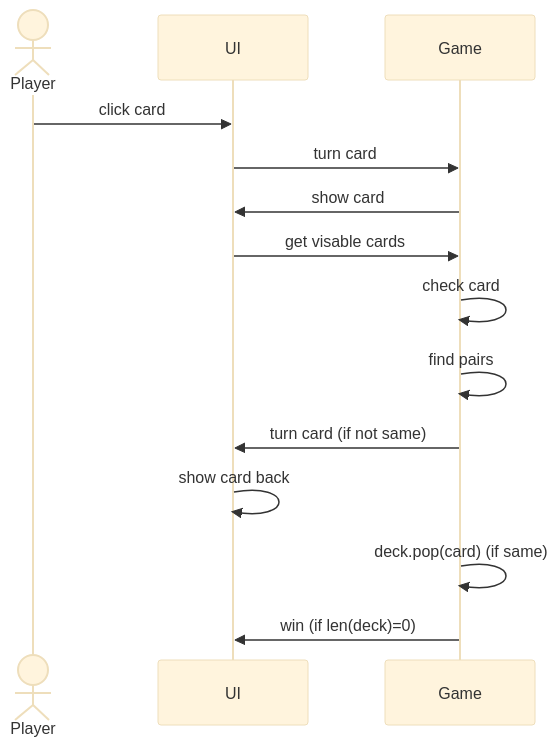
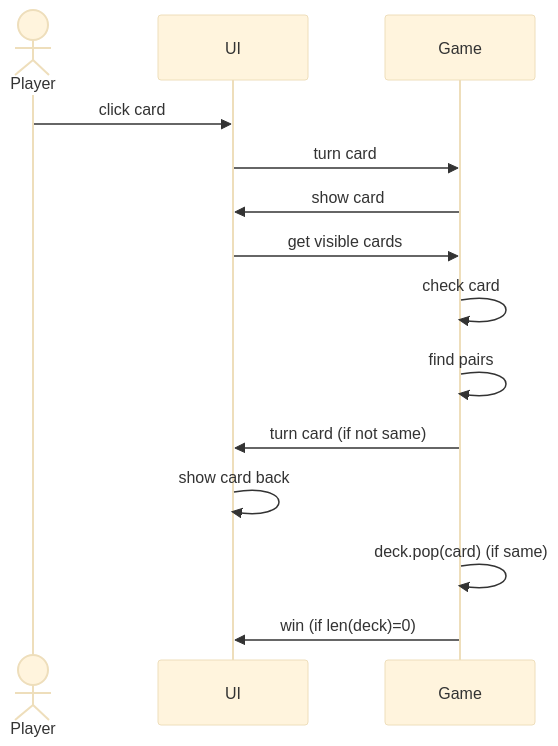
Before and after one commit to kxelina/ot-harjoitustyo: the second of 3 diagrams in dokumentaatio/arkkitehtuuri.md, drawn with Mermaid (base theme). The commit also changed other lines of this file and 13 other files, not shown here.

````diff
--- a/dokumentaatio/arkkitehtuuri.md
+++ b/dokumentaatio/arkkitehtuuri.md
@@ -58,16 +60,16 @@
 ```mermaid
 sequenceDiagram
     actor Player 
     participant UI
     participant Game
     Player ->> UI: click card
     UI ->> Game: turn card
     Game ->> UI: show card
-    UI ->> Game: get visable cards
+    UI ->> Game: get visible cards
     Game ->> Game: check card
     Game ->> Game: find pairs
     Game ->> UI: turn card (if not same)
     UI ->> UI: show card back
     Game ->> Game: deck.pop(card) (if same)
     Game ->> UI: win (if len(deck)=0)
 ```
````
